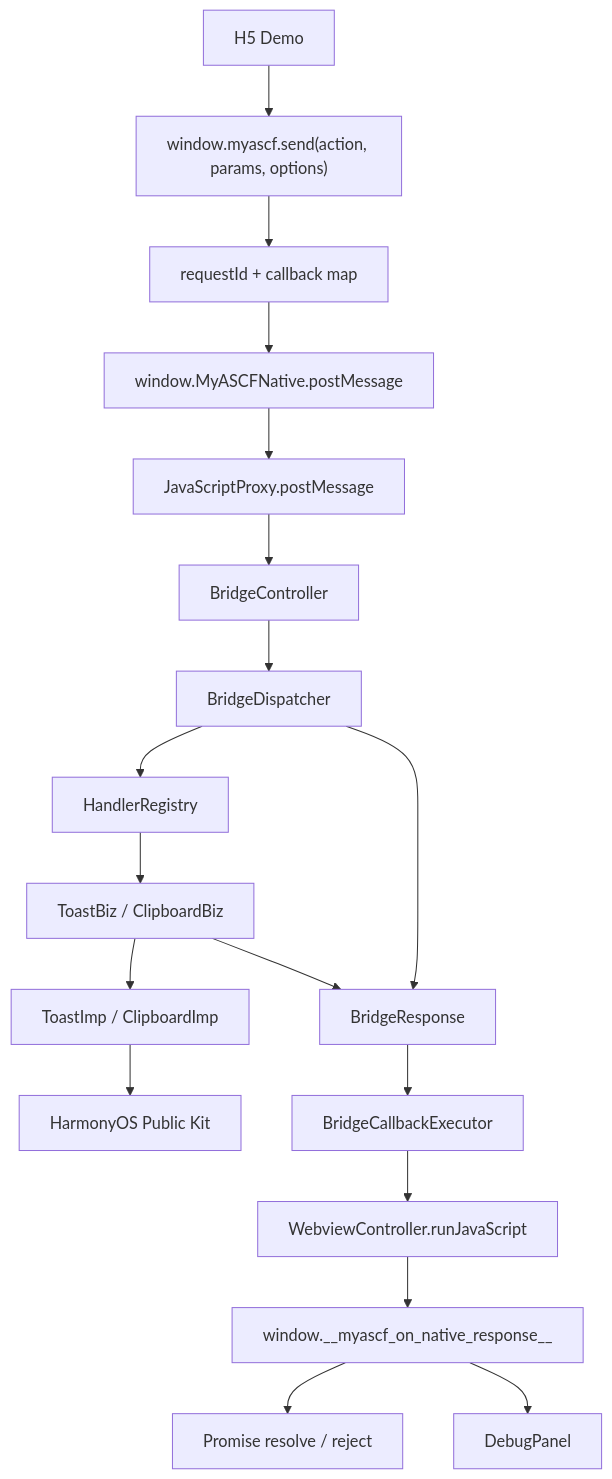
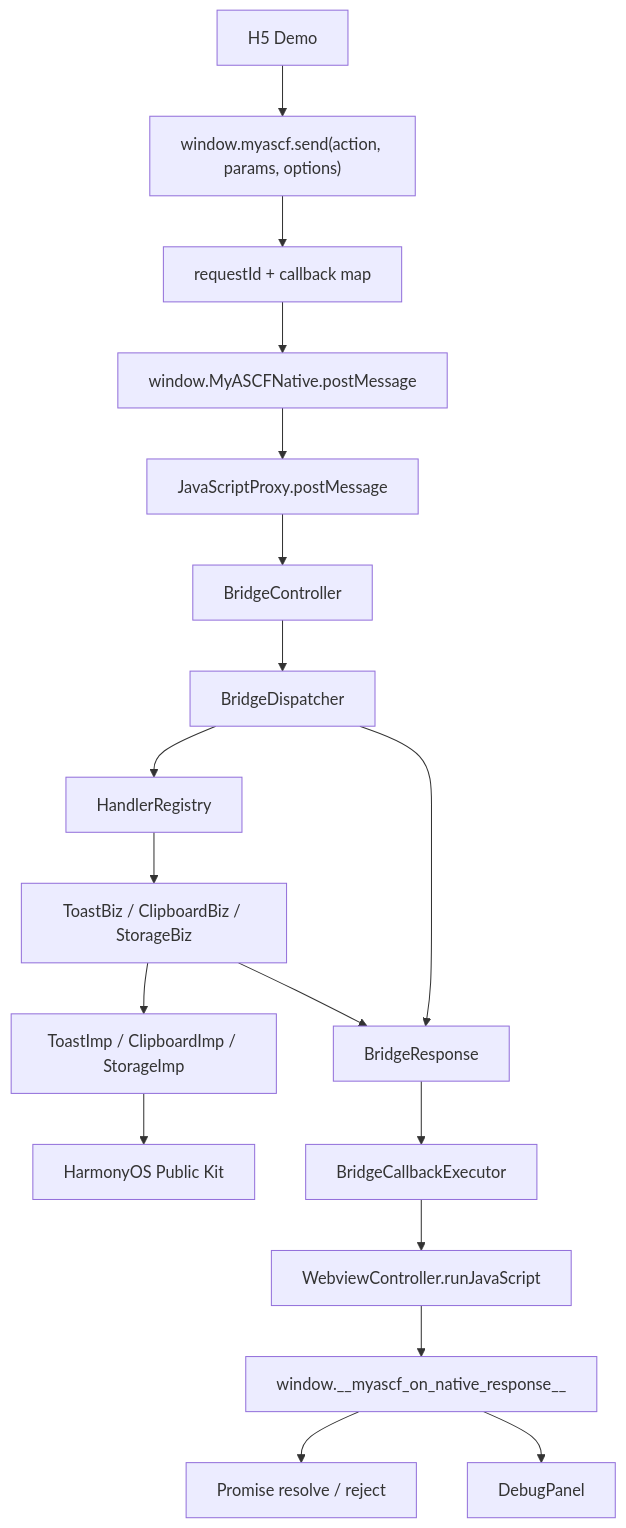
Before and after one commit to lichenyang5/MiniAppRuntime-Harmony: the diagram in docs/architecture/jsbridge-architecture.md, drawn with Mermaid. The commit also changed other lines of this file and 29 other files, not shown here.

````diff
--- a/docs/architecture/jsbridge-architecture.md
+++ b/docs/architecture/jsbridge-architecture.md
@@ -7,20 +7,20 @@
 ```mermaid
 flowchart TD
   H5["H5 Demo"] --> Send["window.myascf.send(action, params, options)"]
   Send --> Request["requestId + callback map"]
   Request --> Native["window.MyASCFNative.postMessage"]
   Native --> Proxy["JavaScriptProxy.postMessage"]
   Proxy --> Controller["BridgeController"]
   Controller --> Dispatcher["BridgeDispatcher"]
   Dispatcher --> Registry["HandlerRegistry"]
-  Registry --> Biz["ToastBiz / ClipboardBiz"]
-  Biz --> Imp["ToastImp / ClipboardImp"]
+  Registry --> Biz["ToastBiz / ClipboardBiz / StorageBiz"]
+  Biz --> Imp["ToastImp / ClipboardImp / StorageImp"]
   Imp --> Kit["HarmonyOS Public Kit"]
   Biz --> Response["BridgeResponse"]
   Dispatcher --> Response
   Response --> Callback["BridgeCallbackExecutor"]
   Callback --> RunJS["WebviewController.runJavaScript"]
   RunJS --> H5Callback["window.__myascf_on_native_response__"]
   H5Callback --> Promise["Promise resolve / reject"]
   H5Callback --> Debug["DebugPanel"]
 ```
````
